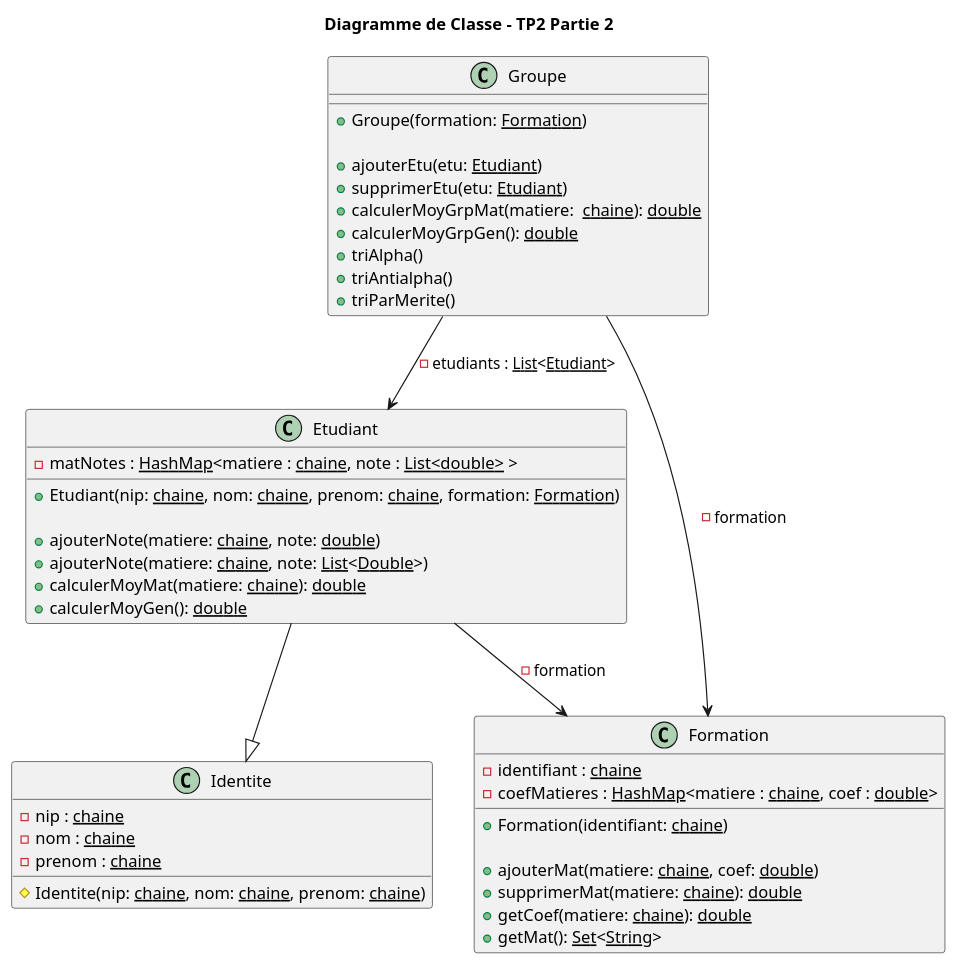
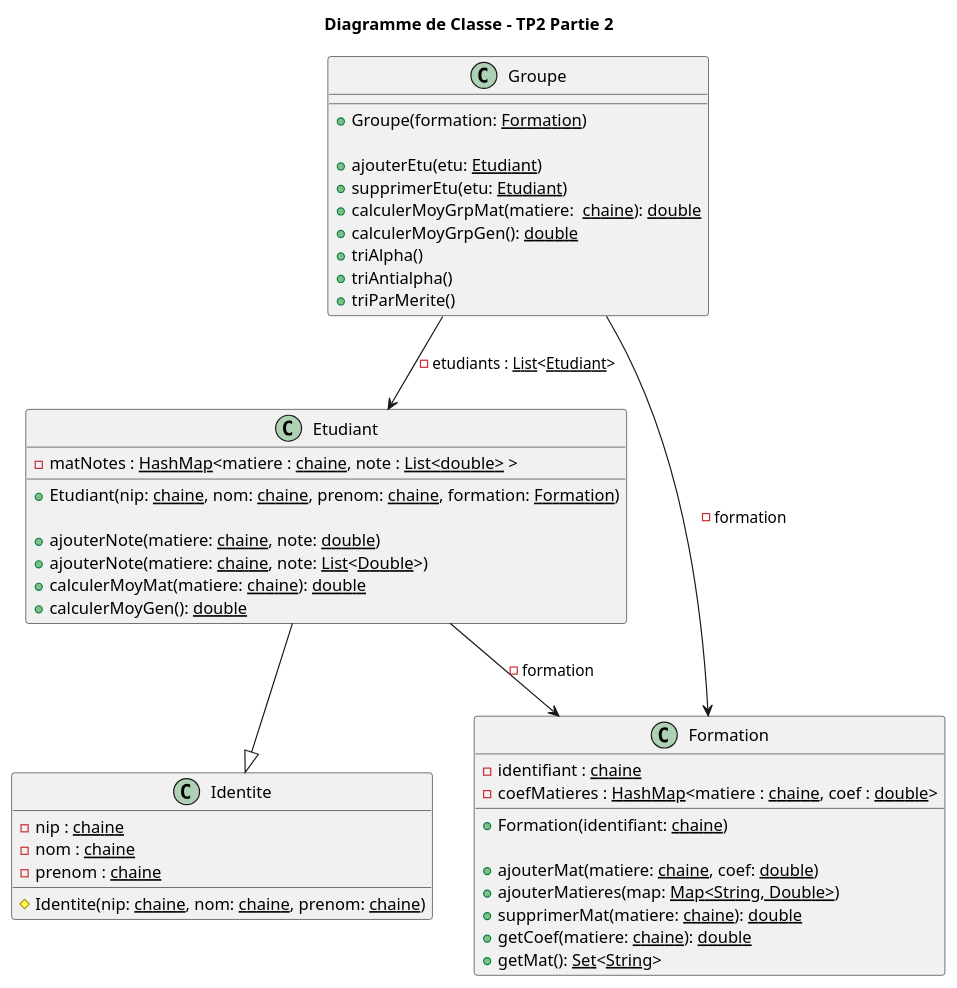
The diagram in uml/UML_Classe.puml (Stephane-Lpt/COO), drawn with PlantUML before and after one commit. The commit also changed 2 other files, not shown here.

```diff
--- a/uml/UML_Classe.puml
+++ b/uml/UML_Classe.puml
@@ -2,51 +2,52 @@
 @startuml
 
 title Diagramme de Classe - TP2 Partie 2
 
 class Etudiant{
     - matNotes : <u>HashMap</u><matiere : <u>chaine</u>, note : <u>List<double></u> >
 
     + Etudiant(nip: <u>chaine</u>, nom: <u>chaine</u>, prenom: <u>chaine</u>, formation: <u>Formation</u>)
 
     + ajouterNote(matiere: <u>chaine</u>, note: <u>double</u>)
     + ajouterNote(matiere: <u>chaine</u>, note: <u>List</u><<u>Double</u>>)
     + calculerMoyMat(matiere: <u>chaine</u>): <u>double</u>
     + calculerMoyGen(): <u>double</u>
 }
 Etudiant --|> Identite
 Etudiant --> Formation: - formation
 
 class Identite{
     - nip : <u>chaine</u>
     - nom : <u>chaine</u>
     - prenom : <u>chaine</u>
 
     # Identite(nip: <u>chaine</u>, nom: <u>chaine</u>, prenom: <u>chaine</u>)
 }
 
 class Formation{
     - identifiant : <u>chaine</u>
     - coefMatieres : <u>HashMap</u><matiere : <u>chaine</u>, coef : <u>double</u>>
 
     + Formation(identifiant: <u>chaine</u>)
 
     + ajouterMat(matiere: <u>chaine</u>, coef: <u>double</u>)
+    + ajouterMatieres(map: <u>Map<String, Double></u>)
     + supprimerMat(matiere: <u>chaine</u>): <u>double</u>
     + getCoef(matiere: <u>chaine</u>): <u>double</u>
     + getMat(): <u>Set</u><<u>String</u>>
 }
 
 class Groupe{
     + Groupe(formation: <u>Formation</u>)
 
     + ajouterEtu(etu: <u>Etudiant</u>)
     + supprimerEtu(etu: <u>Etudiant</u>)
     + calculerMoyGrpMat(matiere:  <u>chaine</u>): <u>double</u>
     + calculerMoyGrpGen(): <u>double</u>
     + triAlpha()
     + triAntialpha()
     + triParMerite()
 }
 Groupe --> Formation: - formation
 Groupe --> Etudiant: - etudiants : <u>List</u><<u>Etudiant</u>>
 @enduml
```
